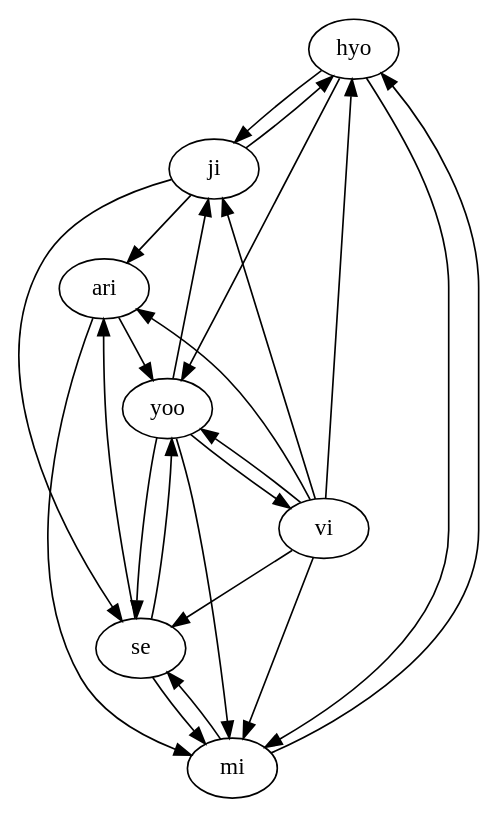
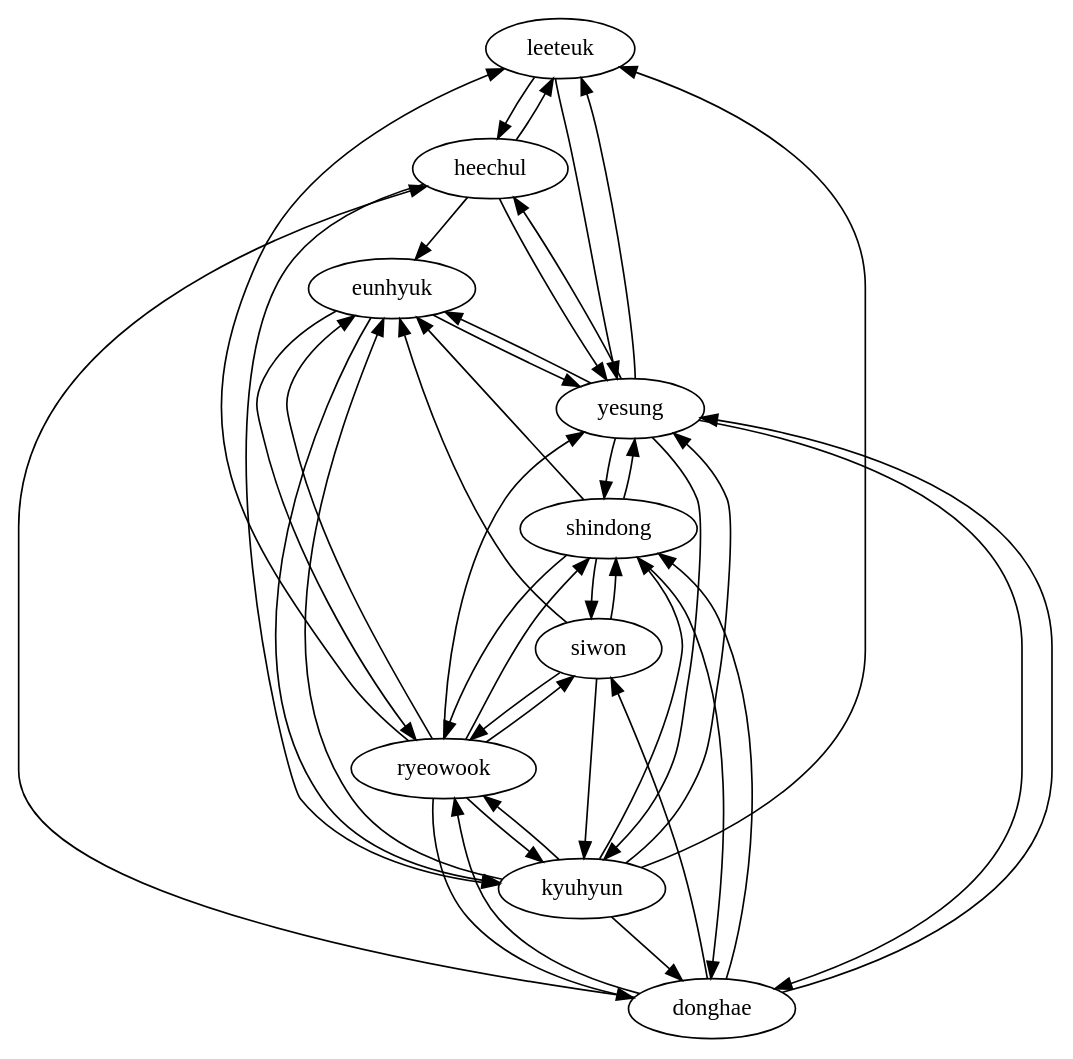
The diagram in src/main/java/resource/awesome.dot (hannimpeha/WS), drawn with Graphviz before and after one commit. The commit also changed 55 other files, not shown here.

```diff
--- a/src/main/java/resource/awesome.dot
+++ b/src/main/java/resource/awesome.dot
@@ -1,25 +1,44 @@
 digraph {
-hyo->ji;
-ji->hyo;
-hyo->yoo;
-hyo->mi;
-mi->hyo;
-vi->hyo;
-yoo->ji;
-vi->ji;
-ji->se;
-ji->ari;
-yoo->mi;
-yoo->vi;
-vi->yoo;
-yoo->se;
-se->yoo;
-ari->yoo;
-vi->mi;
-mi->se;
-se->mi;
-ari->mi;
-vi->se;
-vi->ari;
-se->ari;
+leeteuk->heechul;
+heechul->leeteuk;
+leeteuk->yesung;
+yesung->leeteuk;
+ryeowook->leeteuk;
+kyuhyun->leeteuk;
+heechul->yesung;
+yesung->heechul;
+heechul->eunhyuk;
+donghae->heechul;
+heechul->kyuhyun;
+yesung->shindong;
+shindong->yesung;
+yesung->eunhyuk;
+eunhyuk->yesung;
+yesung->donghae;
+donghae->yesung;
+ryeowook->yesung;
+yesung->kyuhyun;
+kyuhyun->yesung;
+shindong->eunhyuk;
+shindong->donghae;
+donghae->shindong;
+shindong->siwon;
+siwon->shindong;
+shindong->ryeowook;
+ryeowook->shindong;
+kyuhyun->shindong;
+siwon->eunhyuk;
+eunhyuk->ryeowook;
+ryeowook->eunhyuk;
+eunhyuk->kyuhyun;
+kyuhyun->eunhyuk;
+donghae->siwon;
+donghae->ryeowook;
+ryeowook->donghae;
+kyuhyun->donghae;
+siwon->ryeowook;
+ryeowook->siwon;
+siwon->kyuhyun;
+ryeowook->kyuhyun;
+kyuhyun->ryeowook;
 }
```
